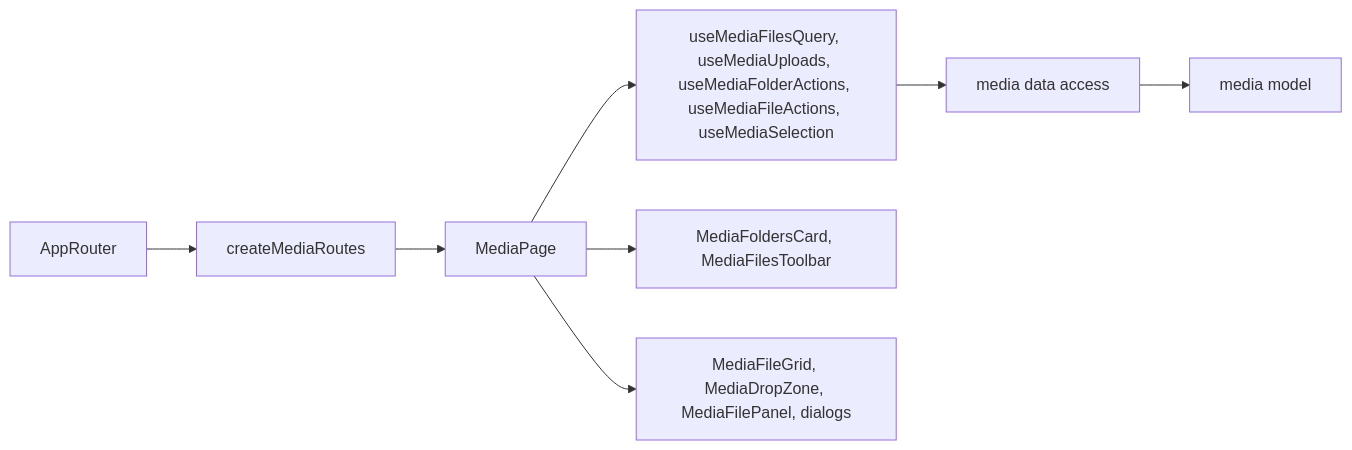
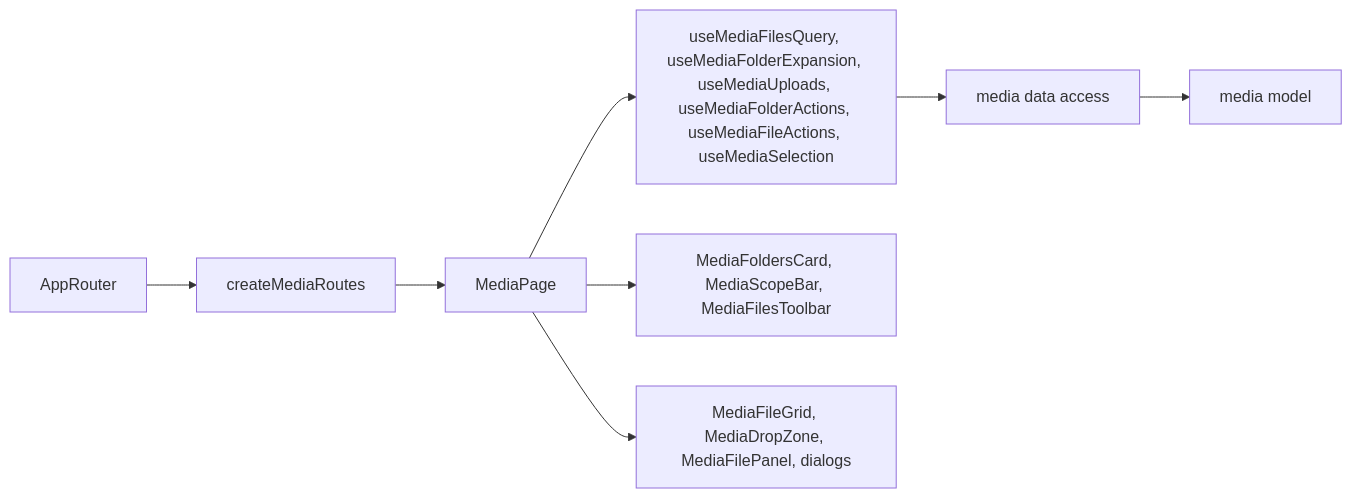
The diagram in docs/features/admin/media.md (Weretik/kedr-web), drawn with Mermaid before and after one commit. The commit also changed other lines of this file and 25 other files, not shown here.

First line of the commit message:
feat(admin-media): clearer folder tree with totals, search, and path above the grid

````diff
--- a/docs/features/admin/media.md
+++ b/docs/features/admin/media.md
@@ -14,10 +16,10 @@
 ```mermaid
 flowchart LR
     App[AppRouter] --> Routes[createMediaRoutes]
     Routes --> Page[MediaPage]
-    Page --> Hooks[useMediaFilesQuery, useMediaUploads, useMediaFolderActions, useMediaFileActions, useMediaSelection]
-    Page --> Parts[MediaFoldersCard, MediaFilesToolbar]
+    Page --> Hooks[useMediaFilesQuery, useMediaFolderExpansion, useMediaUploads, useMediaFolderActions, useMediaFileActions, useMediaSelection]
+    Page --> Parts[MediaFoldersCard, MediaScopeBar, MediaFilesToolbar]
     Page --> UI[MediaFileGrid, MediaDropZone, MediaFilePanel, dialogs]
     Hooks --> Api[media data access]
     Api --> Model[media model]
 ```
````
